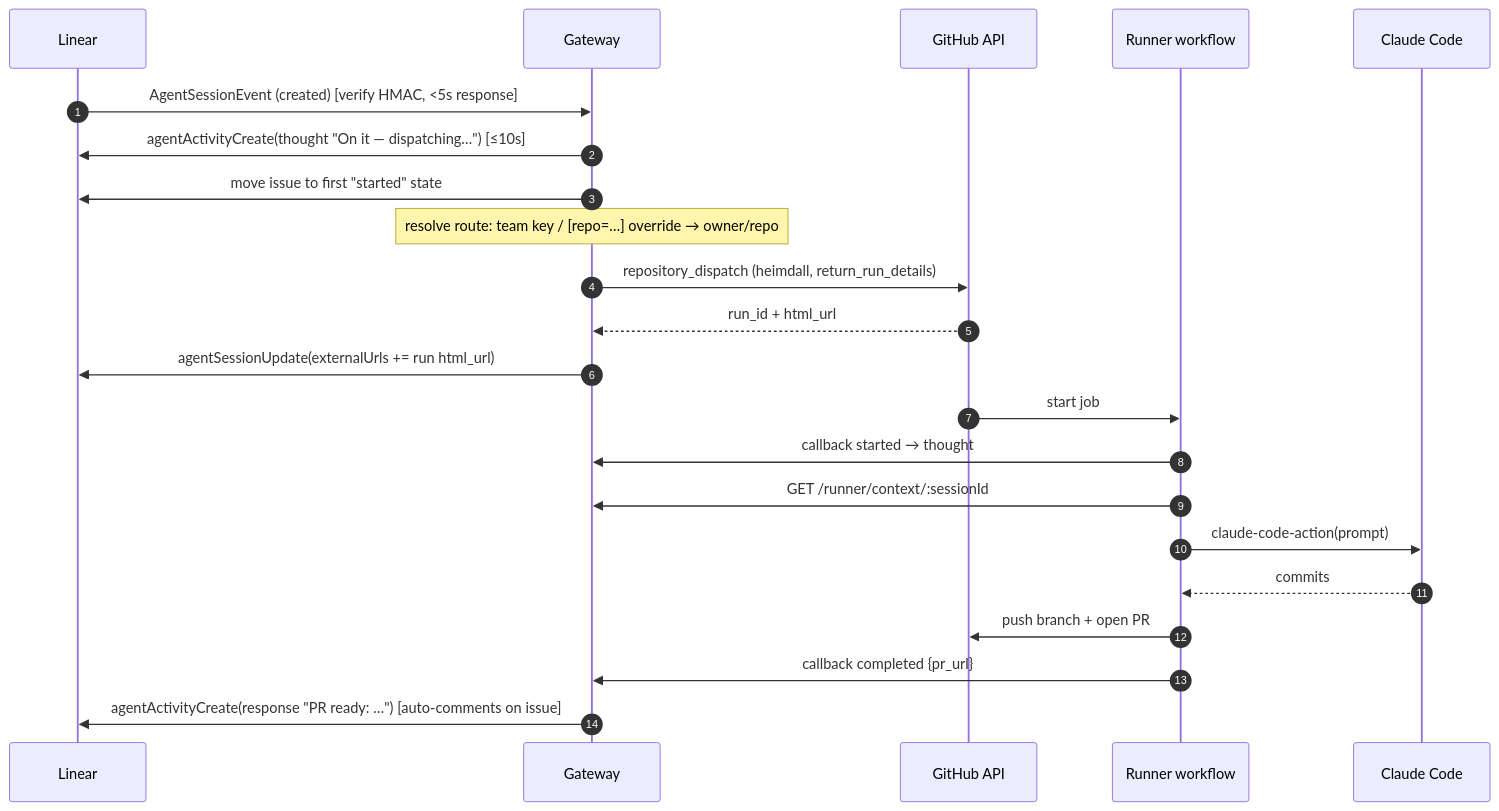
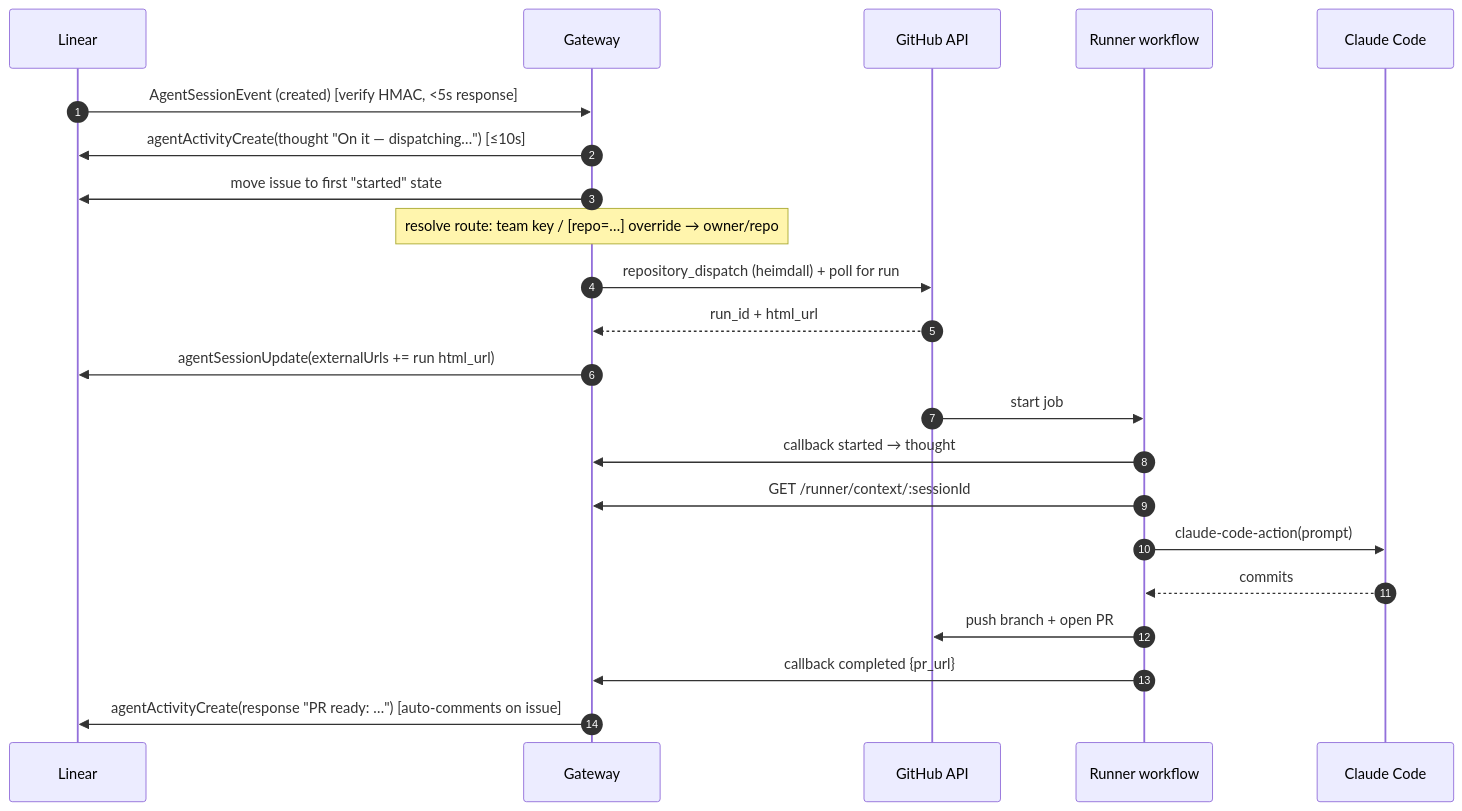
Before and after one commit to vinicius33/heimdall: the second of 2 diagrams in docs/SPEC.md, drawn with Mermaid. The commit also changed other lines of this file and 5 other files, not shown here.

First line of the commit message:
fix: repository_dispatch rejects return_run_details; reasonCode is a validated enum

````diff
--- a/docs/SPEC.md
+++ b/docs/SPEC.md
@@ -185,25 +185,25 @@
 ```mermaid
 sequenceDiagram
     autonumber
     participant L as Linear
     participant G as Gateway
     participant GH as GitHub API
     participant W as Runner workflow
     participant C as Claude Code
 
     L->>G: AgentSessionEvent (created) [verify HMAC, <5s response]
     G->>L: agentActivityCreate(thought "On it — dispatching…") [≤10s]
     G->>L: move issue to first "started" state
     Note over G: resolve route: team key / [repo=…] override → owner/repo
-    G->>GH: repository_dispatch (heimdall, return_run_details)
+    G->>GH: repository_dispatch (heimdall) + poll for run
     GH-->>G: run_id + html_url
     G->>L: agentSessionUpdate(externalUrls += run html_url)
     GH->>W: start job
     W->>G: callback started → thought
     W->>G: GET /runner/context/:sessionId
     W->>C: claude-code-action(prompt)
     C-->>W: commits
     W->>GH: push branch + open PR
     W->>G: callback completed {pr_url}
     G->>L: agentActivityCreate(response "PR ready: …") [auto-comments on issue]
 ```
````
